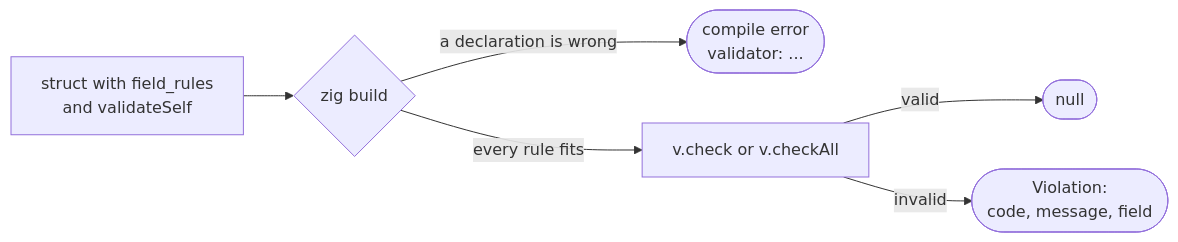
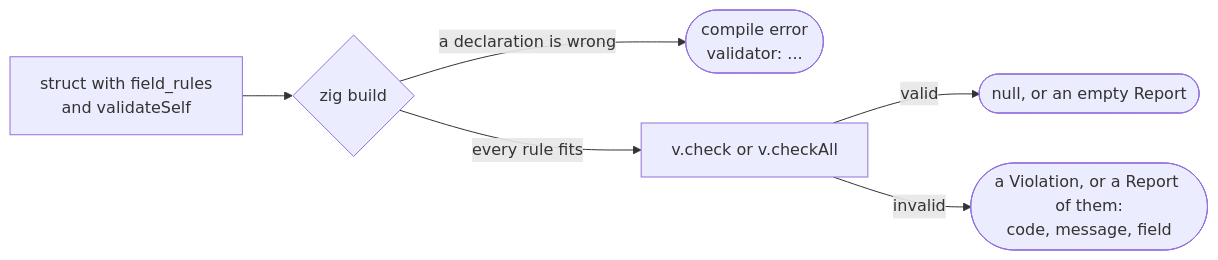
One commit to vkiryakov/zefir changed the diagram in src/validator/examples/README.md. Above: the diagram before and after it, drawn with Mermaid. The commit also changed other lines of this file and 1 other file, not shown here.

````diff
--- a/src/validator/examples/README.md
+++ b/src/validator/examples/README.md
@@ -52,8 +52,8 @@
 ```mermaid
 flowchart LR
     dto["struct with field_rules<br/>and validateSelf"] --> build{"zig build"}
     build -->|"a declaration is wrong"| err(["compile error<br/>validator: ..."])
     build -->|"every rule fits"| run["v.check or v.checkAll"]
-    run -->|"valid"| ok(["null"])
-    run -->|"invalid"| violation(["Violation:<br/>code, message, field"])
+    run -->|"valid"| ok(["null, or an empty Report"])
+    run -->|"invalid"| violation(["a Violation, or a Report of them:<br/>code, message, field"])
 ```
````
